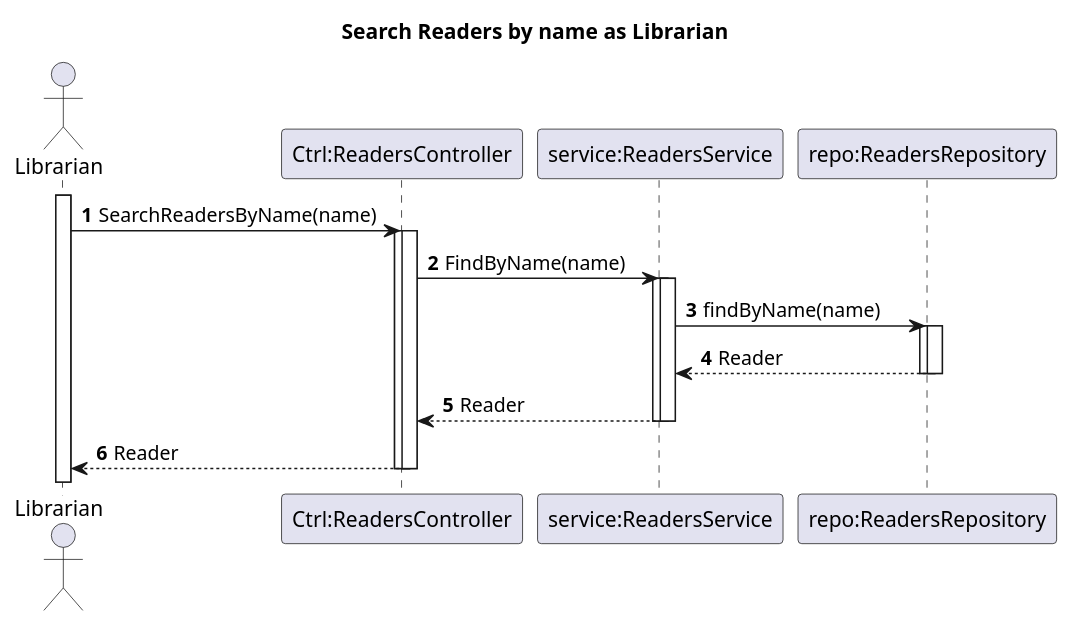
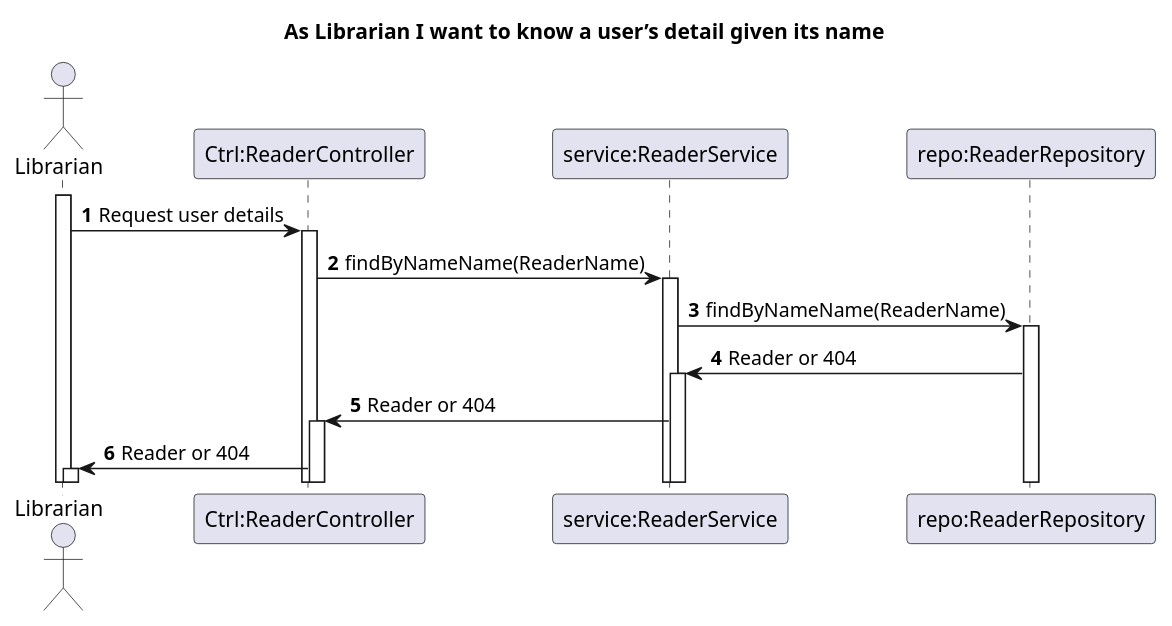
Before and after one commit to rutemf/1220944_1220772_G01: the diagram in Docs/Phase1/WP3A-Readers/Ph1-14-SearchReaders/SD.puml, drawn with PlantUML. The commit also changed 11 other files, not shown here.

Commit message:
Fix to user repo and finished controller for Reader

```diff
--- a/Docs/Phase1/WP3A-Readers/Ph1-14-SearchReaders/SD.puml
+++ b/Docs/Phase1/WP3A-Readers/Ph1-14-SearchReaders/SD.puml
@@ -1,27 +1,21 @@
 @startuml
 'https://plantuml.com/sequence-diagram
 autoactivate on
 autonumber
 
-title Search Readers by name as Librarian
+title As Librarian I want to know a user’s detail given its name
 
 actor "Librarian" as User
-participant "Ctrl:ReadersController" as Ctrl
-participant "service:ReadersService" as Service
-participant "repo:ReadersRepository" as Repo
+participant "Ctrl:ReaderController" as Ctrl
+participant "service:ReaderService" as Service
+participant "repo:ReaderRepository" as Repo
 activate User
 
-User -> Ctrl: SearchReadersByName(name)
-activate Ctrl
-Ctrl -> Service: FindByName(name)
-activate Service
-Service -> Repo: findByName(name)
-activate Repo
-Repo --> Service: Reader
-deactivate Repo
-Service --> Ctrl: Reader
-deactivate Service
-Ctrl --> User: Reader
-deactivate Ctrl
+User -> Ctrl: Request user details
+Ctrl -> Service: findByNameName(ReaderName)
+Service -> Repo: findByNameName(ReaderName)
+Repo -> Service: Reader or 404
+Service -> Ctrl: Reader or 404
+Ctrl -> User: Reader or 404
 
 @enduml
```
